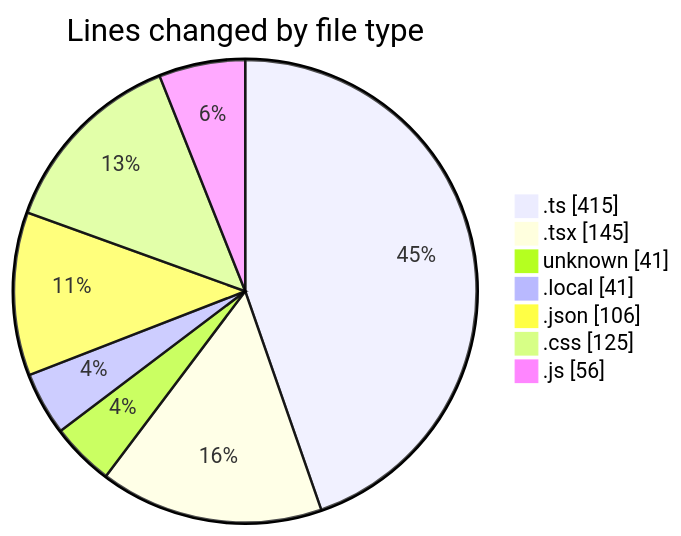
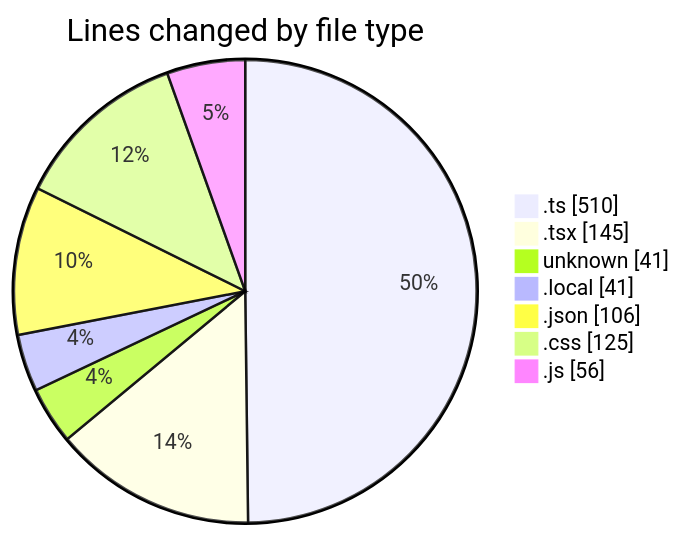
The first of 2 diagrams in 2026-02-26/car_database/README.md (momahboobian/code-tracking), drawn with Mermaid before and after one commit. The commit also changed other lines of this file and 1 other file, not shown here.

````diff
--- a/2026-02-26/car_database/README.md
+++ b/2026-02-26/car_database/README.md
@@ -43,11 +43,11 @@
 ```mermaid
 pie showData
 title Lines changed by file type
-".ts" : 415
+".ts" : 510
 ".tsx" : 145
 "unknown" : 41
 ".local" : 41
 ".json" : 106
 ".css" : 125
 ".js" : 56
 ```
````
